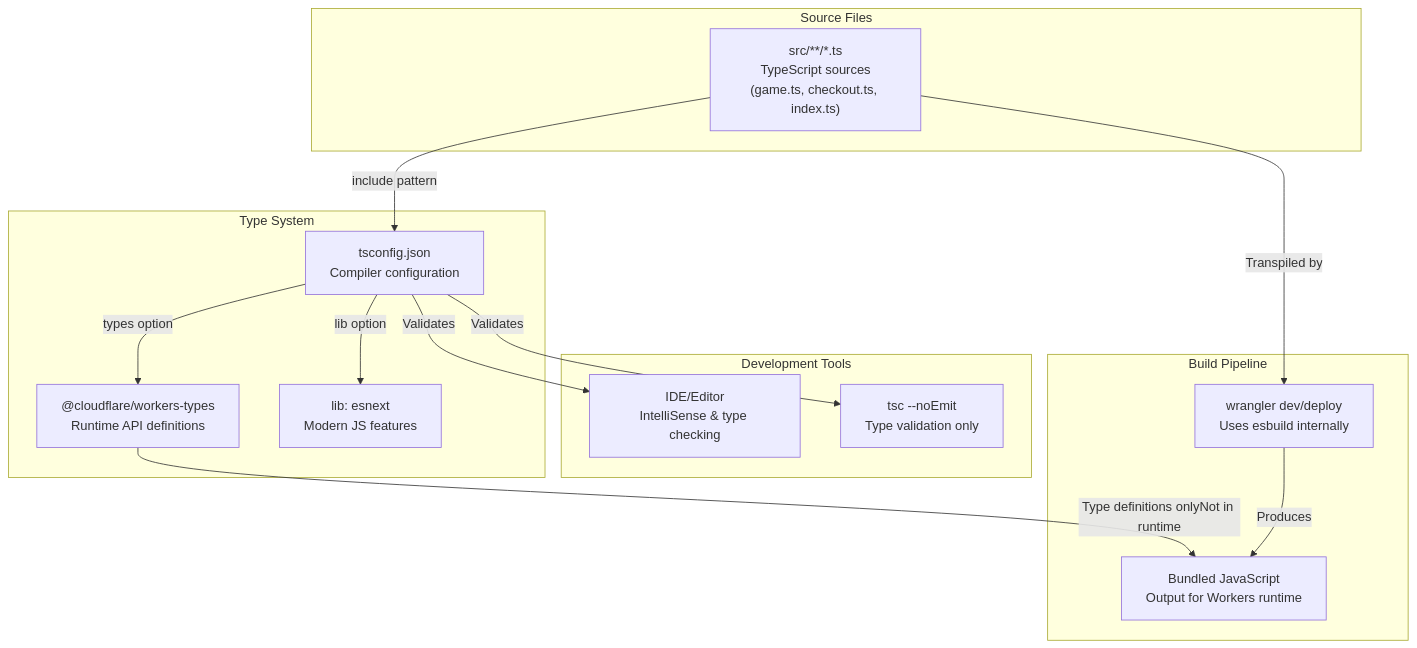
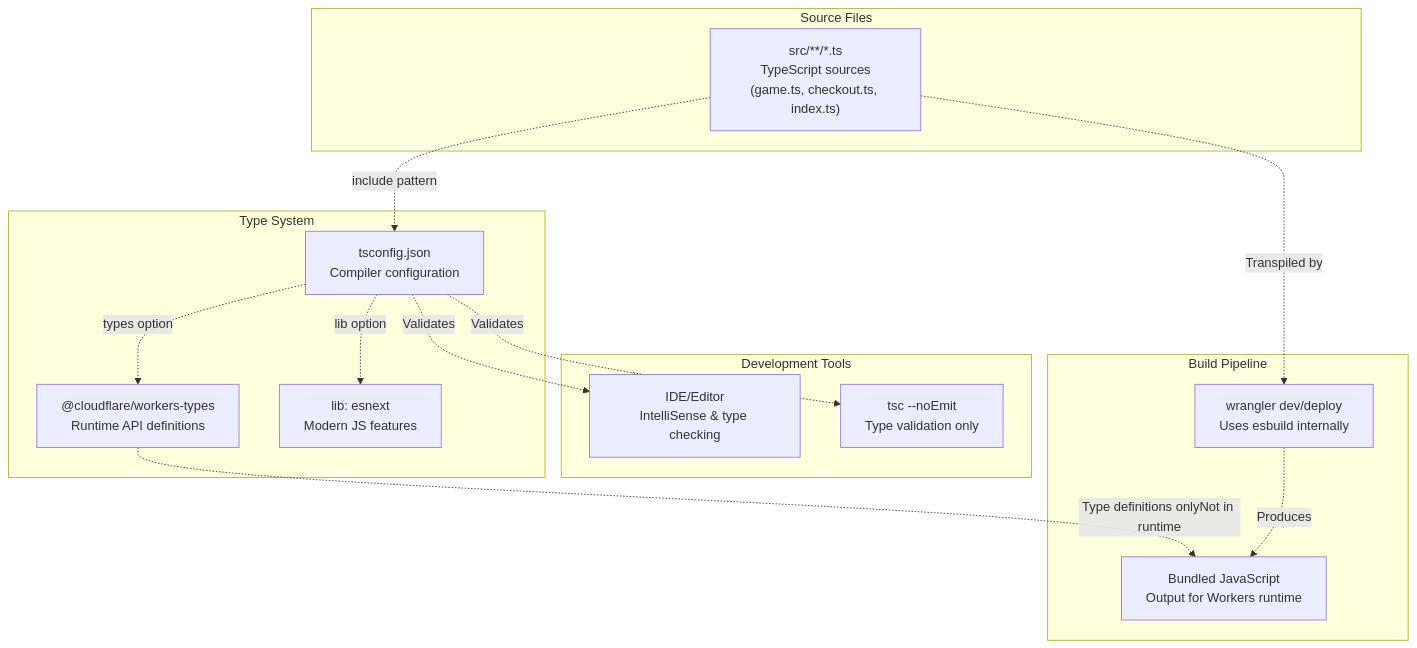
One commit to philipz/restate-cloudflare-workers-poc changed the first of 3 diagrams in docs/deepwiki/TypeScript-Configuration.md. Above: the diagram before and after it, drawn with Mermaid. The commit also changed other lines of this file and 27 other files, not shown here.

````diff
--- a/docs/deepwiki/TypeScript-Configuration.md
+++ b/docs/deepwiki/TypeScript-Configuration.md
@@ -36,41 +36,41 @@
 ```mermaid
 flowchart TD
 
 TS["src/**/*.ts<br>TypeScript sources<br>(game.ts, checkout.ts, index.ts)"]
 TSConfig["tsconfig.json<br>Compiler configuration"]
 WorkerTypes["@cloudflare/workers-types<br>Runtime API definitions"]
 ESNext["lib: esnext<br>Modern JS features"]
 Editor["IDE/Editor<br>IntelliSense & type checking"]
 TSC["tsc --noEmit<br>Type validation only"]
 Wrangler["wrangler dev/deploy<br>Uses esbuild internally"]
 Bundle["Bundled JavaScript<br>Output for Workers runtime"]
 
-TS -->|"include pattern"| TSConfig
-TSConfig -->|"Validates"| Editor
-TSConfig -->|"Validates"| TSC
-TS -->|"Transpiled by"| Wrangler
-WorkerTypes -->|"Type definitions onlyNot in runtime"| Bundle
+TS -.->|"include pattern"| TSConfig
+TSConfig -.->|"Validates"| Editor
+TSConfig -.->|"Validates"| TSC
+TS -.->|"Transpiled by"| Wrangler
+WorkerTypes -.->|"Type definitions onlyNot in runtime"| Bundle
 
 subgraph subGraph3 ["Build Pipeline"]
     Wrangler
     Bundle
-    Wrangler -->|"Produces"| Bundle
+    Wrangler -.->|"Produces"| Bundle
 end
 
 subgraph subGraph2 ["Development Tools"]
     Editor
     TSC
 end
 
 subgraph subGraph1 ["Type System"]
     TSConfig
     WorkerTypes
     ESNext
-    TSConfig -->|"types option"| WorkerTypes
-    TSConfig -->|"lib option"| ESNext
+    TSConfig -.->|"types option"| WorkerTypes
+    TSConfig -.->|"lib option"| ESNext
 end
 
 subgraph subGraph0 ["Source Files"]
     TS
 end
 ```
````
